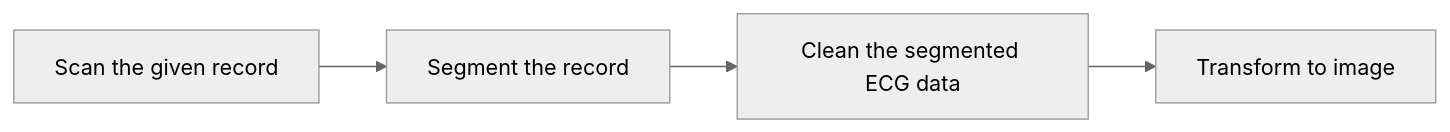
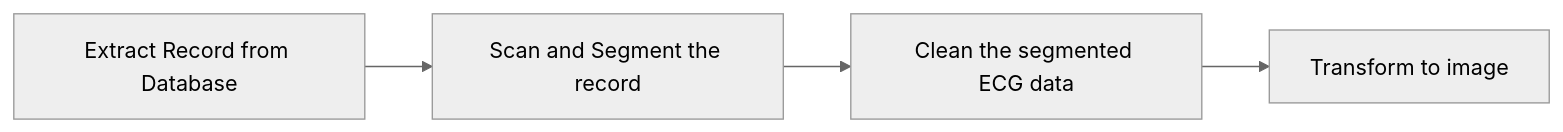
One commit to KhaingSuThway/ECGSignalProcessingPipeline changed the diagram in README.md. Above: the diagram before and after it, drawn with Mermaid (neutral theme). The commit also changed other lines of this file, not shown here.

````diff
--- a/README.md
+++ b/README.md
@@ -6,6 +6,6 @@
 ```mermaid
 graph LR
-    A[Scan the given record] --> B[Segment the record]
+    A[Extract Record from Database] --> B[Scan and Segment the record]
     B --> C[Clean the segmented ECG data]
     C --> D[Transform to image]
 ```
````
